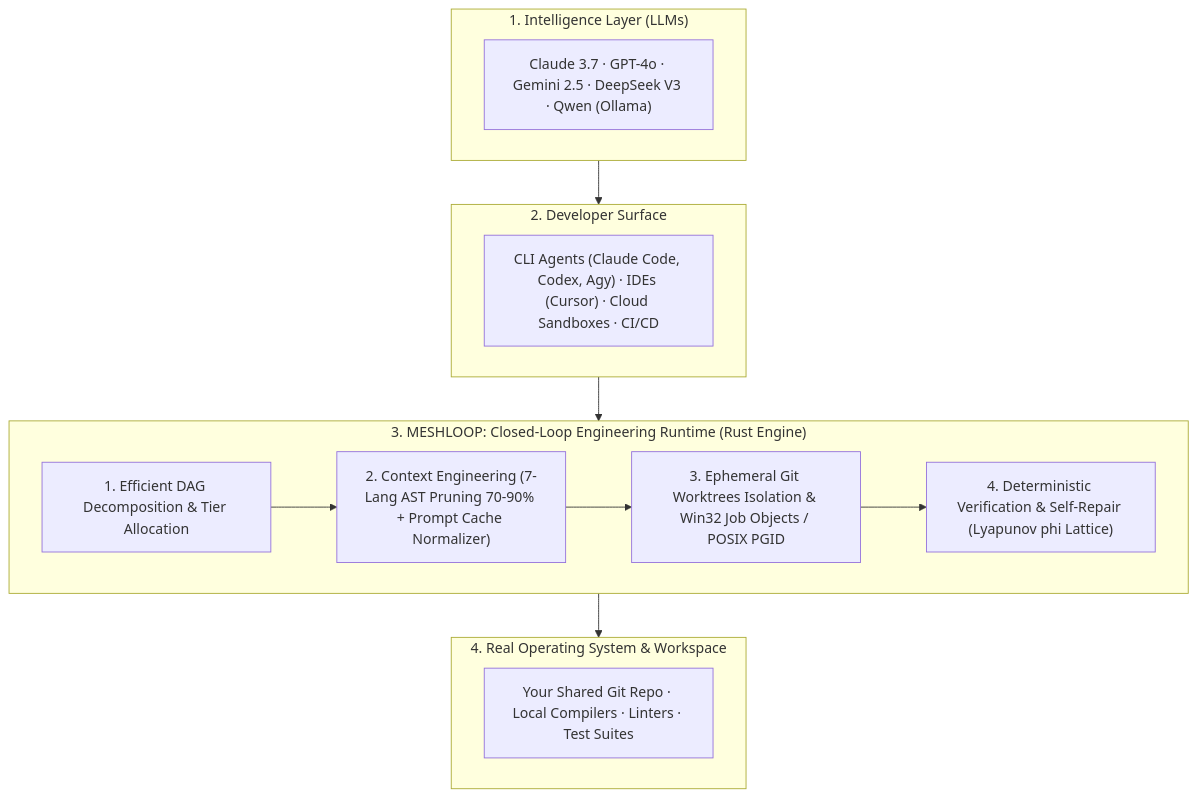
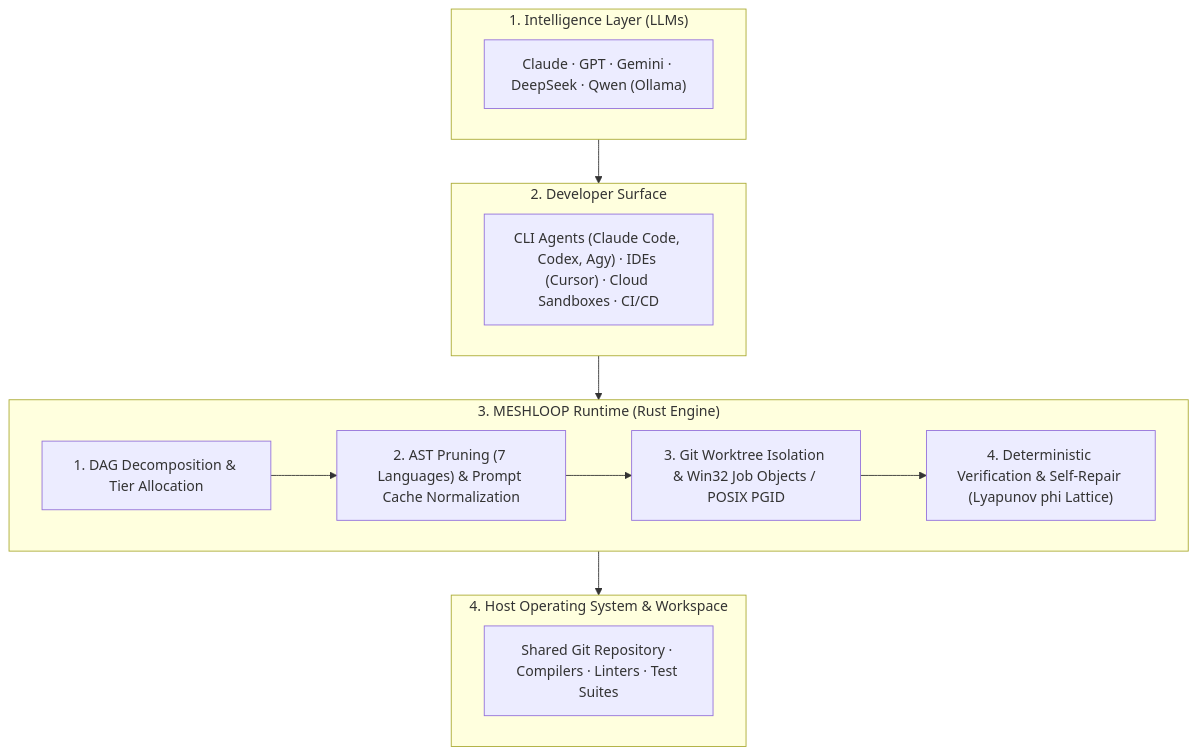
The diagram in README.md (smota/meshloop), drawn with Mermaid before and after one commit. The commit also changed other lines of this file and 14 other files, not shown here.

````diff
--- a/README.md
+++ b/README.md
@@ -27,26 +105,26 @@
 ```mermaid
 flowchart TB
   subgraph L1 ["1. Intelligence Layer (LLMs)"]
-    M["Claude 3.7 · GPT-4o · Gemini 2.5 · DeepSeek V3 · Qwen (Ollama)"]
+    M["Claude · GPT · Gemini · DeepSeek · Qwen (Ollama)"]
   end
 
   subgraph L2 ["2. Developer Surface"]
     CLI["CLI Agents (Claude Code, Codex, Agy) · IDEs (Cursor) · Cloud Sandboxes · CI/CD"]
   end
 
-  subgraph L3 ["3. MESHLOOP: Closed-Loop Engineering Runtime (Rust Engine)"]
-    D["1. Efficient DAG Decomposition & Tier Allocation"]
-    C["2. Context Engineering (7-Lang AST Pruning 70-90% + Prompt Cache Normalizer)"]
-    W["3. Ephemeral Git Worktrees Isolation & Win32 Job Objects / POSIX PGID"]
+  subgraph L3 ["3. MESHLOOP Runtime (Rust Engine)"]
+    D["1. DAG Decomposition & Tier Allocation"]
+    C["2. AST Pruning (7 Languages) & Prompt Cache Normalization"]
+    W["3. Git Worktree Isolation & Win32 Job Objects / POSIX PGID"]
     V["4. Deterministic Verification & Self-Repair (Lyapunov phi Lattice)"]
     D --> C --> W --> V
   end
 
-  subgraph L4 ["4. Real Operating System & Workspace"]
-    Host["Your Shared Git Repo · Local Compilers · Linters · Test Suites"]
+  subgraph L4 ["4. Host Operating System & Workspace"]
+    Host["Shared Git Repository · Compilers · Linters · Test Suites"]
   end
 
   L1 --> L2
   L2 --> L3
   L3 --> L4
 ```
````
